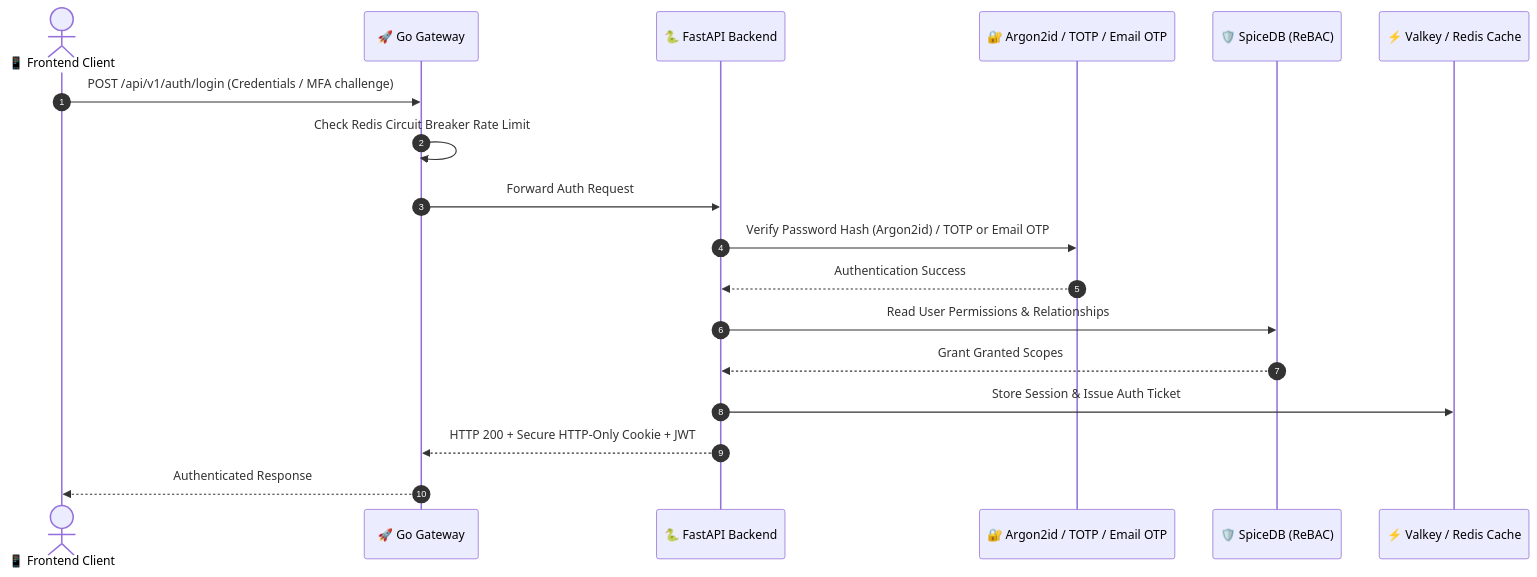
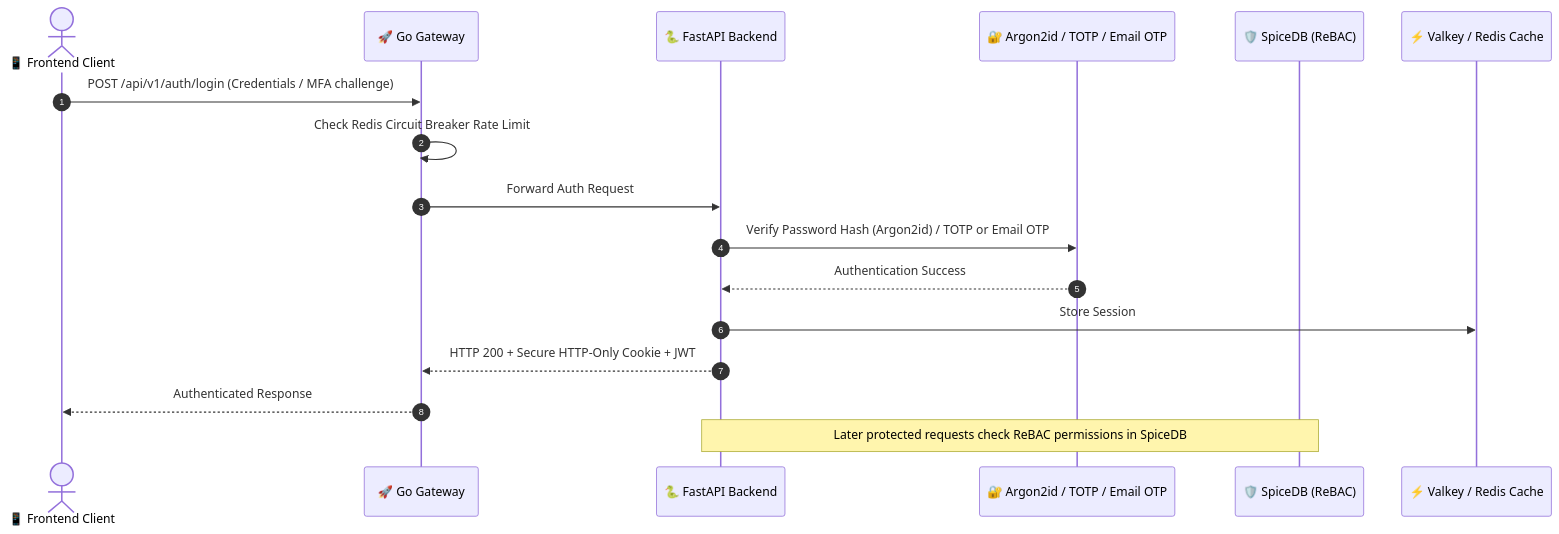
The second of 3 diagrams in README.md (egorribun/university_ecosystem), drawn with Mermaid before and after one commit. The commit also changed other lines of this file and 2097 other files, not shown here.

````diff
--- a/README.md
+++ b/README.md
@@ -147,21 +152,20 @@
 ```mermaid
 sequenceDiagram
     autonumber
     actor Client as 📱 Frontend Client
     participant Gateway as 🚀 Go Gateway
     participant Backend as 🐍 FastAPI Backend
     participant Argon2 as 🔐 Argon2id / TOTP / Email OTP
     participant SpiceDB as 🛡️ SpiceDB (ReBAC)
     participant Redis as ⚡ Valkey / Redis Cache
 
     Client->>Gateway: POST /api/v1/auth/login (Credentials / MFA challenge)
     Gateway->>Gateway: Check Redis Circuit Breaker Rate Limit
     Gateway->>Backend: Forward Auth Request
     Backend->>Argon2: Verify Password Hash (Argon2id) / TOTP or Email OTP
     Argon2-->>Backend: Authentication Success
-    Backend->>SpiceDB: Read User Permissions & Relationships
-    SpiceDB-->>Backend: Grant Granted Scopes
-    Backend->>Redis: Store Session & Issue Auth Ticket
+    Backend->>Redis: Store Session
     Backend-->>Gateway: HTTP 200 + Secure HTTP-Only Cookie + JWT
     Gateway-->>Client: Authenticated Response
+    Note over Backend,SpiceDB: Later protected requests check ReBAC permissions in SpiceDB
 ```
````
